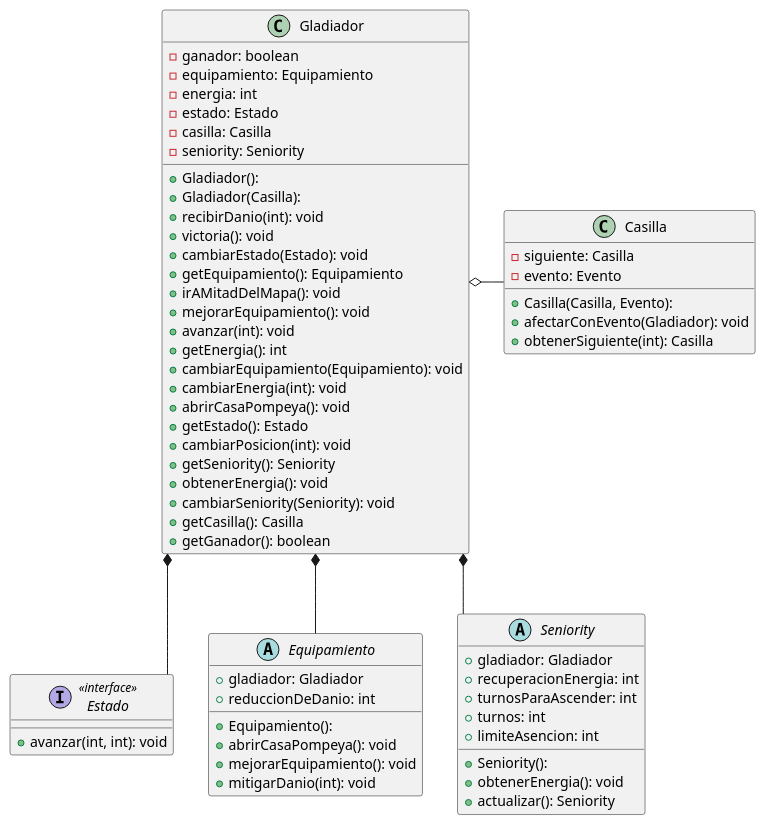
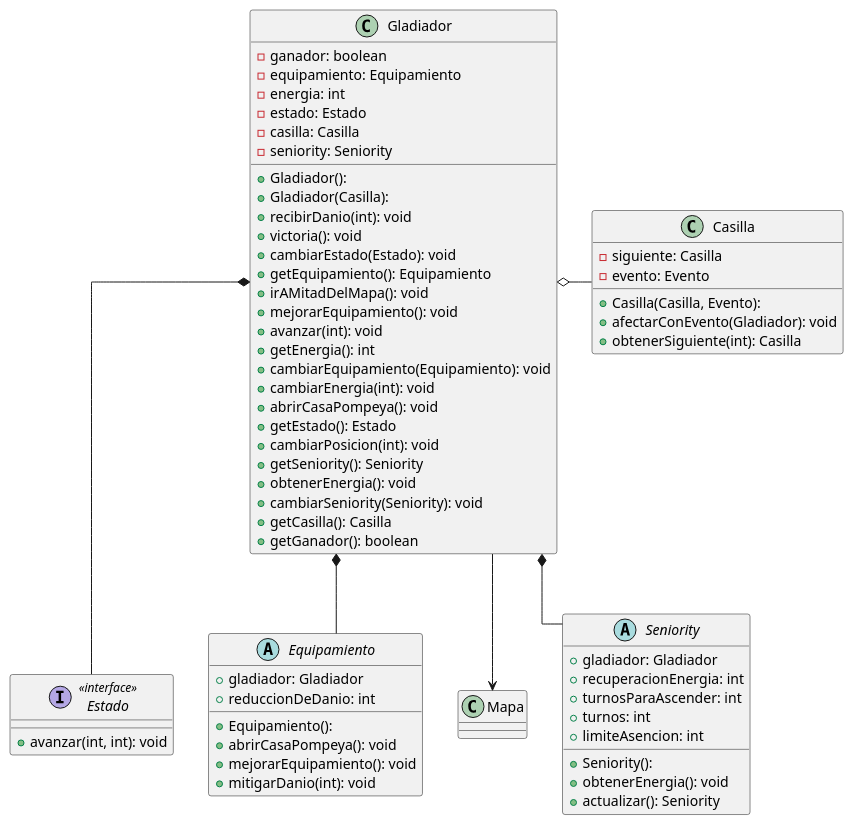
Before and after one commit to mcumskov/Algo3_tp2: the diagram in diagrams/classes/DiagramaGladiador.puml, drawn with PlantUML. The commit also changed 5 other files, not shown here.

Commit message:
agrego diagrama de clases de Juego | mapa | GestorDeTurnos | actualizo diagarmaGladiador

```diff
--- a/diagrams/classes/DiagramaGladiador.puml
+++ b/diagrams/classes/DiagramaGladiador.puml
@@ -1,73 +1,77 @@
 @startuml
 
 skinparam linetype ortho
 
 interface Estado << interface >> {
   + avanzar(int, int): void
 }
 
 abstract class Equipamiento {
   + Equipamiento():
   + gladiador: Gladiador
   + reduccionDeDanio: int
   + abrirCasaPompeya(): void
   + mejorarEquipamiento(): void
   + mitigarDanio(int): void
+}
+
+class Mapa{
 }
 
 abstract class Seniority {
   + Seniority():
   + gladiador: Gladiador
   + recuperacionEnergia: int
   + turnosParaAscender: int
   + turnos: int
   + limiteAsencion: int
   + obtenerEnergia(): void
   + actualizar(): Seniority
 }
 
 class Casilla {
   + Casilla(Casilla, Evento):
   - siguiente: Casilla
   - evento: Evento
   + afectarConEvento(Gladiador): void
   + obtenerSiguiente(int): Casilla
 }
 
 
 
 class Gladiador {
   + Gladiador():
   + Gladiador(Casilla):
   - ganador: boolean
   - equipamiento: Equipamiento
   - energia: int
   - estado: Estado
   - casilla: Casilla
   - seniority: Seniority
   + recibirDanio(int): void
   + victoria(): void
   + cambiarEstado(Estado): void
   + getEquipamiento(): Equipamiento
   + irAMitadDelMapa(): void
   + mejorarEquipamiento(): void
   + avanzar(int): void
   + getEnergia(): int
   + cambiarEquipamiento(Equipamiento): void
   + cambiarEnergia(int): void
   + abrirCasaPompeya(): void
   + getEstado(): Estado
   + cambiarPosicion(int): void
   + getSeniority(): Seniority
   + obtenerEnergia(): void
   + cambiarSeniority(Seniority): void
   + getCasilla(): Casilla
   + getGanador(): boolean
 }
 
 Gladiador   *--  Estado
 Gladiador   *--  Equipamiento
 Gladiador   *--  Seniority
 Gladiador   o- Casilla
+Gladiador --> Mapa
 
 @enduml
```
